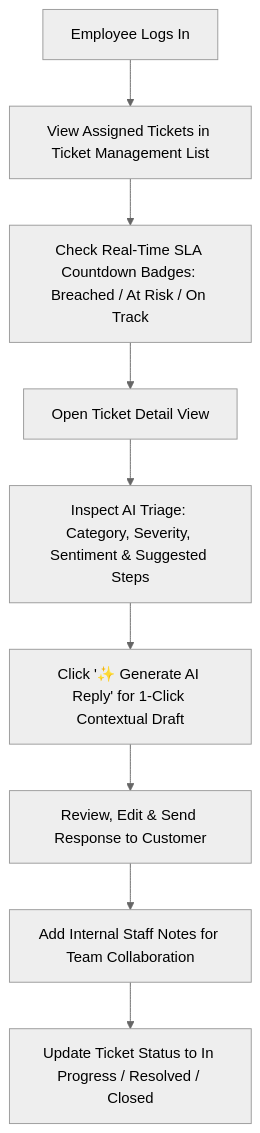
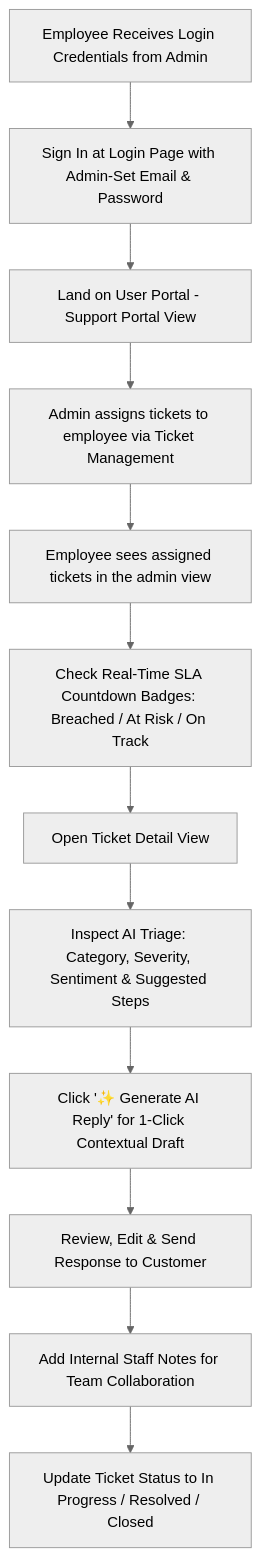
One commit to adit-syntax/ResolvAI changed the second of 3 diagrams in README.md. Above: the diagram before and after it, drawn with Mermaid (neutral theme). The commit also changed other lines of this file and 7 other files, not shown here.

Commit message:
feat: modern landing page, updated architecture docs, and production deployment configuration

````diff
--- a/README.md
+++ b/README.md
@@ -76,11 +124,14 @@
 ```mermaid
 graph TD
-    A2[Employee Logs In] --> B2[View Assigned Tickets in Ticket Management List]
-    B2 --> C2[Check Real-Time SLA Countdown Badges: Breached / At Risk / On Track]
-    C2 --> D2[Open Ticket Detail View]
-    D2 --> E2[Inspect AI Triage: Category, Severity, Sentiment & Suggested Steps]
-    E2 --> F2[Click '✨ Generate AI Reply' for 1-Click Contextual Draft]
-    F2 --> G2[Review, Edit & Send Response to Customer]
-    G2 --> H2[Add Internal Staff Notes for Team Collaboration]
-    H2 --> I2[Update Ticket Status to In Progress / Resolved / Closed]
+    A2[Employee Receives Login Credentials from Admin] --> B2[Sign In at Login Page with Admin-Set Email & Password]
+    B2 --> C2[Land on User Portal - Support Portal View]
+    C2 --> D2[Admin assigns tickets to employee via Ticket Management]
+    D2 --> E2[Employee sees assigned tickets in the admin view]
+    E2 --> F2[Check Real-Time SLA Countdown Badges: Breached / At Risk / On Track]
+    F2 --> G2[Open Ticket Detail View]
+    G2 --> H2[Inspect AI Triage: Category, Severity, Sentiment & Suggested Steps]
+    H2 --> I2[Click '✨ Generate AI Reply' for 1-Click Contextual Draft]
+    I2 --> J2[Review, Edit & Send Response to Customer]
+    J2 --> K2[Add Internal Staff Notes for Team Collaboration]
+    K2 --> L2[Update Ticket Status to In Progress / Resolved / Closed]
 ```
````
